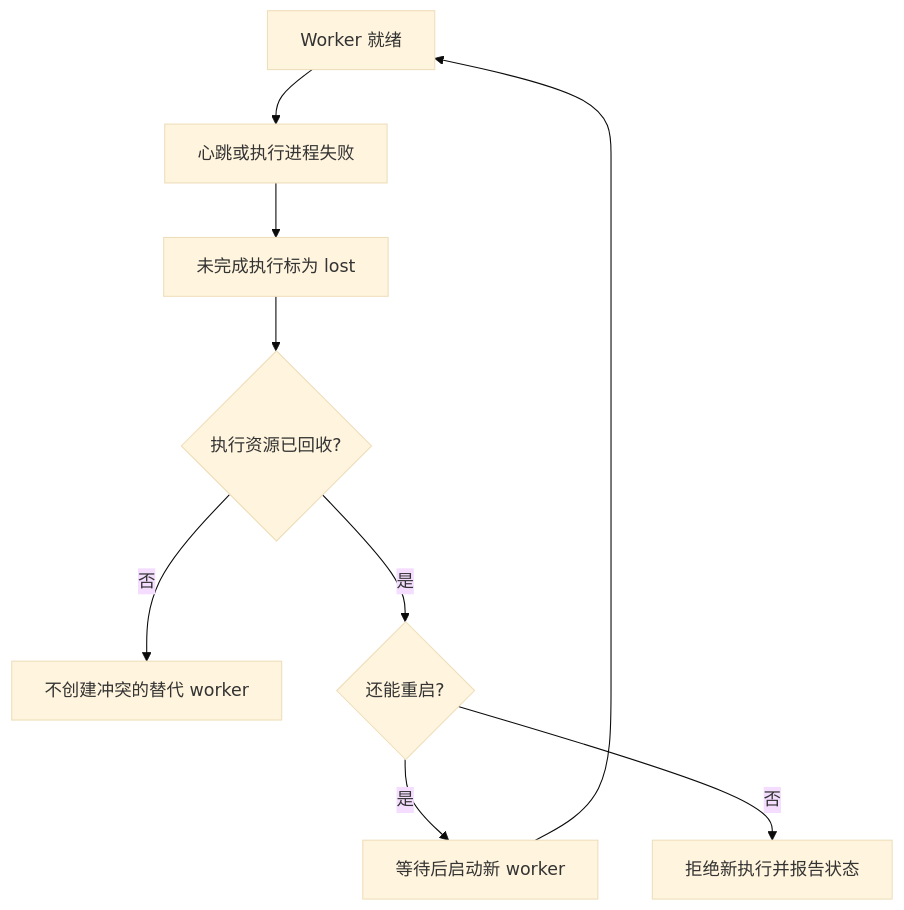
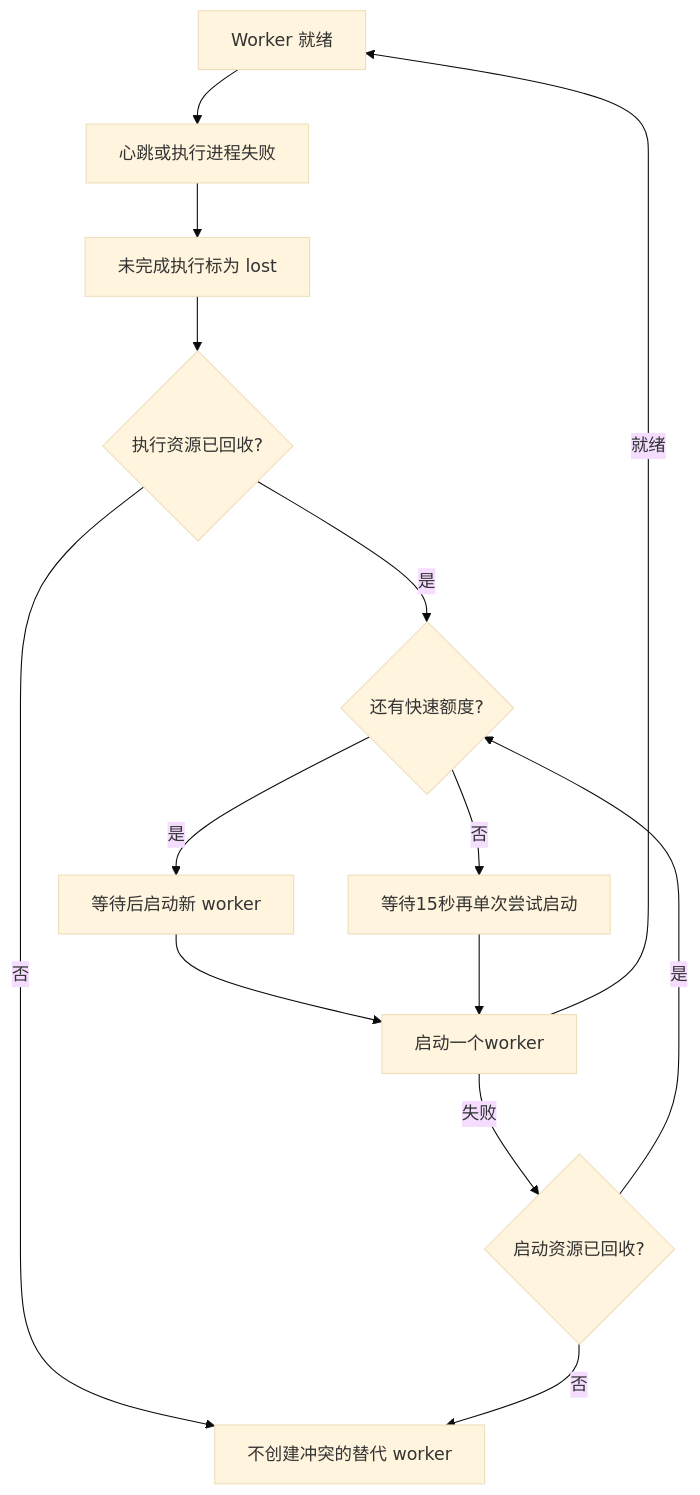
The third of 3 diagrams in docs/zh-CN/concepts/architecture.md (Liuxy20/octo-runtime), drawn with Mermaid (base theme) before and after one commit. The commit also changed other lines of this file and 55 other files, not shown here.

````diff
--- a/docs/zh-CN/concepts/architecture.md
+++ b/docs/zh-CN/concepts/architecture.md
@@ -85,11 +85,16 @@
 ```mermaid
 flowchart TB
   Ready[Worker 就绪] --> Failure[心跳或执行进程失败]
   Failure --> Lost[未完成执行标为 lost]
   Lost --> Cleanup{执行资源已回收?}
   Cleanup -->|否| Block[不创建冲突的替代 worker]
-  Cleanup -->|是| Budget{还能重启?}
+  Cleanup -->|是| Budget{还有快速额度?}
   Budget -->|是| Backoff[等待后启动新 worker]
-  Backoff --> Ready
-  Budget -->|否| Exhausted[拒绝新执行并报告状态]
+  Backoff --> Attempt
+  Budget -->|否| Cooldown[等待15秒再单次尝试启动]
+  Cooldown --> Attempt[启动一个worker]
+  Attempt -->|就绪| Ready
+  Attempt -->|失败| Rollback{启动资源已回收?}
+  Rollback -->|是| Budget
+  Rollback -->|否| Block
 ```
````
